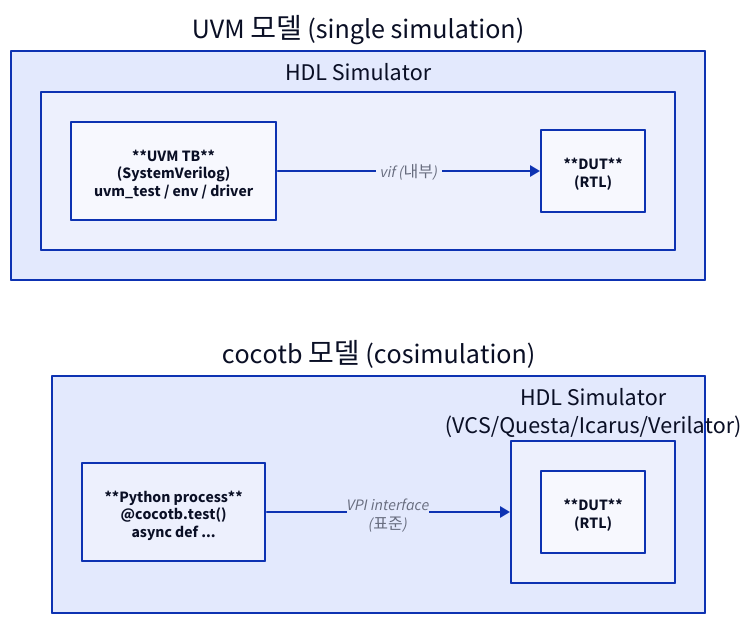
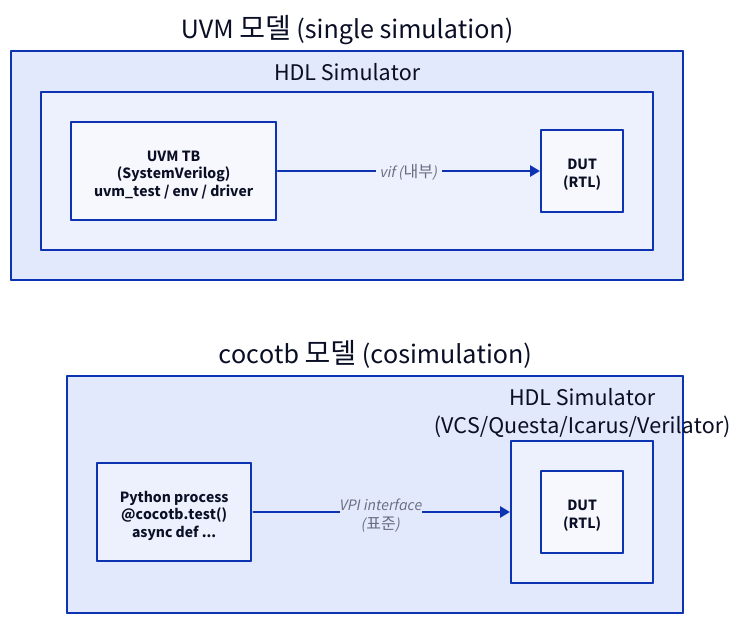
Before and after one commit to humbleowl39/DV_SKOOL: the first of 2 diagrams in starlight_site/src/content/docs/cocotb/01_what_is_cocotb.md, drawn with D2. The commit also changed other lines of this file and 714 other files, not shown here.

First line of the commit message:
fix(site): d2 다이어그램 가독성 결함 6종 일괄 수정

````diff
--- a/starlight_site/src/content/docs/cocotb/01_what_is_cocotb.md
+++ b/starlight_site/src/content/docs/cocotb/01_what_is_cocotb.md
@@ -44,19 +44,19 @@
 ```d2
 direction: right
 
 UVM: "UVM 모델 (single simulation)" {
   SIM1: "HDL Simulator" {
-    TB1: "**UVM TB**\n(SystemVerilog)\nuvm_test / env / driver"
-    DUT1: "**DUT**\n(RTL)"
+    TB1: "UVM TB\n(SystemVerilog)\nuvm_test / env / driver"
+    DUT1: "DUT\n(RTL)"
     TB1 -> DUT1: "vif (내부)"
   }
 }
 
 COCO: "cocotb 모델 (cosimulation)" {
-  PY: "**Python process**\n@cocotb.test()\nasync def ..."
+  PY: "Python process\n@cocotb.test()\nasync def ..."
   SIM2: "HDL Simulator\n(VCS/Questa/Icarus/Verilator)" {
-    DUT2: "**DUT**\n(RTL)"
+    DUT2: "DUT\n(RTL)"
   }
   PY -> SIM2: "VPI interface\n(표준)"
 }
 ```
````
